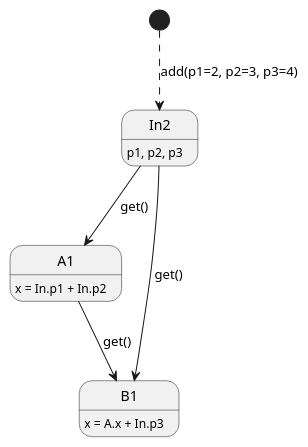
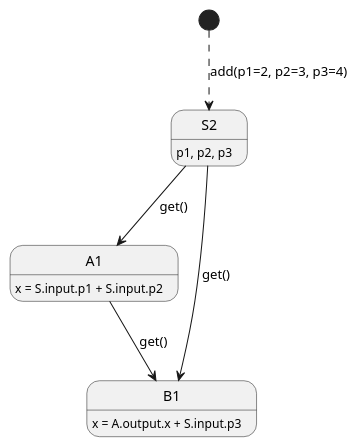
Before and after one commit to PeterKanderholm/mdrunner: the diagram in docs/test_2.puml, drawn with PlantUML. The commit also changed 26 other files, not shown here.

```diff
--- a/docs/test_2.puml
+++ b/docs/test_2.puml
@@ -1,13 +1,13 @@
 @startuml
-[*] -[dashed]-> In2 : add(p1=2, p2=3, p3=4)
+[*] -[dashed]-> S2 : add(p1=2, p2=3, p3=4)
 
-In2 --> A1: get()
-In2 --> B1: get()
+S2 --> A1: get()
+S2 --> B1: get()
 
 A1 --> B1: get()
 
-In2 : p1, p2, p3
-A1 : x = In.p1 + In.p2
-B1 : x = A.x + In.p3
+S2 : p1, p2, p3
+A1 : x = S.input.p1 + S.input.p2
+B1 : x = A.output.x + S.input.p3
 
 @enduml
```
